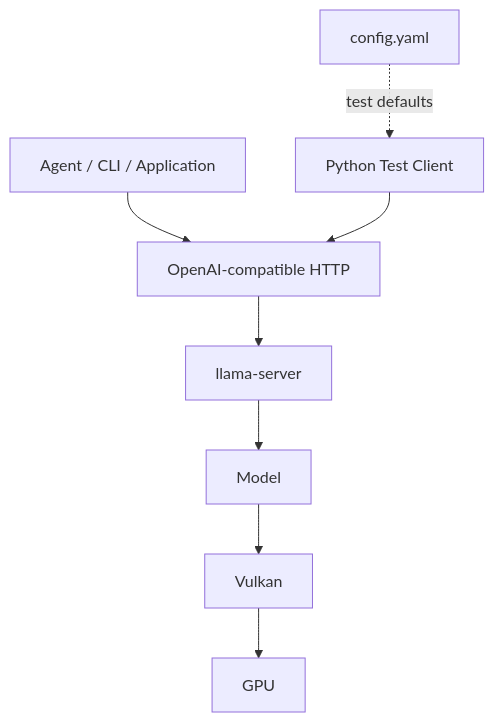
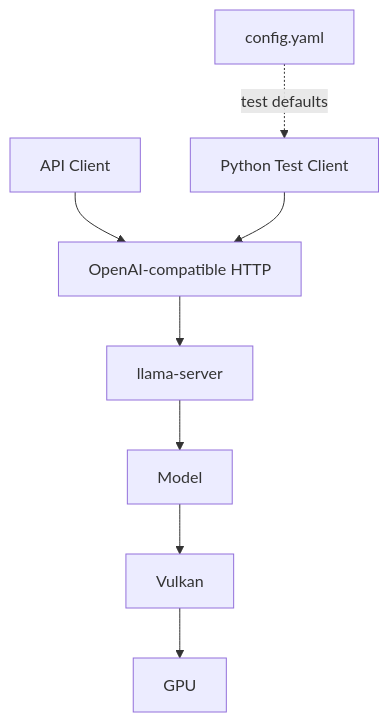
One commit to hsiuyulin09/Local-LLM-Model changed the diagram in README.md. Above: the diagram before and after it, drawn with Mermaid. The commit also changed other lines of this file, not shown here.

````diff
--- a/README.md
+++ b/README.md
@@ -51,15 +46,15 @@
 ```mermaid
 flowchart TB
-    Client[Agent / CLI / Application]
+    Client[API Client]
     HTTP[OpenAI-compatible HTTP]
     Server[llama-server]
     Model[Model]
     Backend[Vulkan]
     GPU[GPU]
     Config[config.yaml]
     TestClient[Python Test Client]
 
     Client --> HTTP --> Server --> Model --> Backend --> GPU
     Config -. test defaults .-> TestClient
     TestClient --> HTTP
 ```
````
